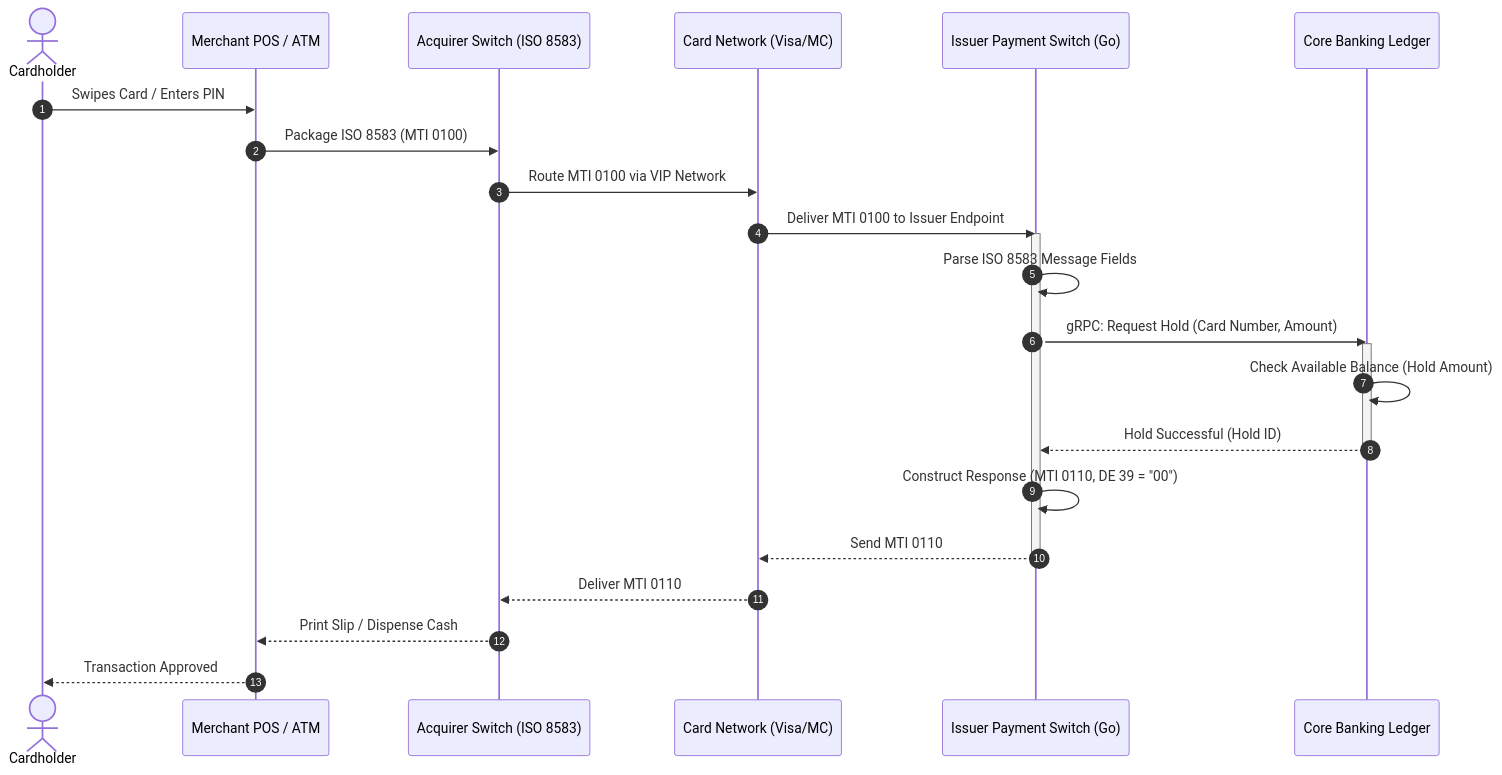
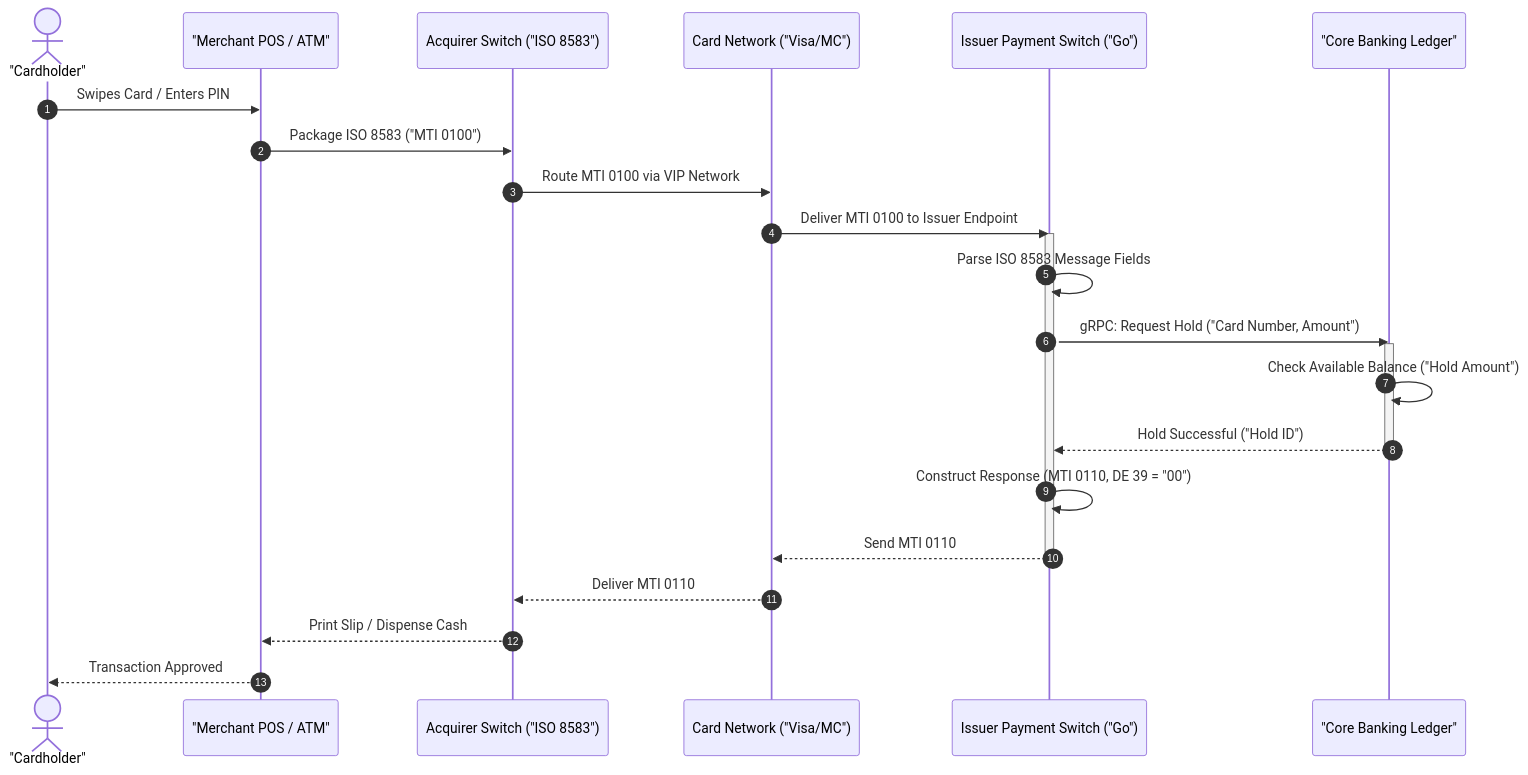
The first of 2 diagrams in content/series/core-banking-developer/part-5-iso-standards-integration.md (vesviet/vesviet), drawn with Mermaid before and after one commit. The commit also changed other lines of this file and 331 other files, not shown here.

````diff
--- a/content/series/core-banking-developer/part-5-iso-standards-integration.md
+++ b/content/series/core-banking-developer/part-5-iso-standards-integration.md
@@ -48,28 +50,28 @@
 ```mermaid
 sequenceDiagram
     autonumber
-    actor Customer as Cardholder
-    participant POS as Merchant POS / ATM
-    participant Acquirer as Acquirer Switch (ISO 8583)
-    participant Network as Card Network (Visa/MC)
-    participant Issuer as Issuer Payment Switch (Go)
-    participant Core as Core Banking Ledger
+    actor Customer as "Cardholder"
+    participant POS as "Merchant POS / ATM"
+    participant Acquirer as Acquirer Switch ("ISO 8583")
+    participant Network as Card Network ("Visa/MC")
+    participant Issuer as Issuer Payment Switch ("Go")
+    participant Core as "Core Banking Ledger"
 
     Customer->>POS: Swipes Card / Enters PIN
-    POS->>Acquirer: Package ISO 8583 (MTI 0100)
+    POS->>Acquirer: Package ISO 8583 ("MTI 0100")
     Acquirer->>Network: Route MTI 0100 via VIP Network
     Network->>Issuer: Deliver MTI 0100 to Issuer Endpoint
     activate Issuer
     Issuer->>Issuer: Parse ISO 8583 Message Fields
-    Issuer->>Core: gRPC: Request Hold (Card Number, Amount)
+    Issuer->>Core: gRPC: Request Hold ("Card Number, Amount")
     activate Core
-    Core->>Core: Check Available Balance (Hold Amount)
-    Core-->>Issuer: Hold Successful (Hold ID)
+    Core->>Core: Check Available Balance ("Hold Amount")
+    Core-->>Issuer: Hold Successful ("Hold ID")
     deactivate Core
     Issuer->>Issuer: Construct Response (MTI 0110, DE 39 = "00")
     Issuer-->>Network: Send MTI 0110
     deactivate Issuer
     Network-->>Acquirer: Deliver MTI 0110
     Acquirer-->>POS: Print Slip / Dispense Cash
     POS-->>Customer: Transaction Approved
 ```
````
